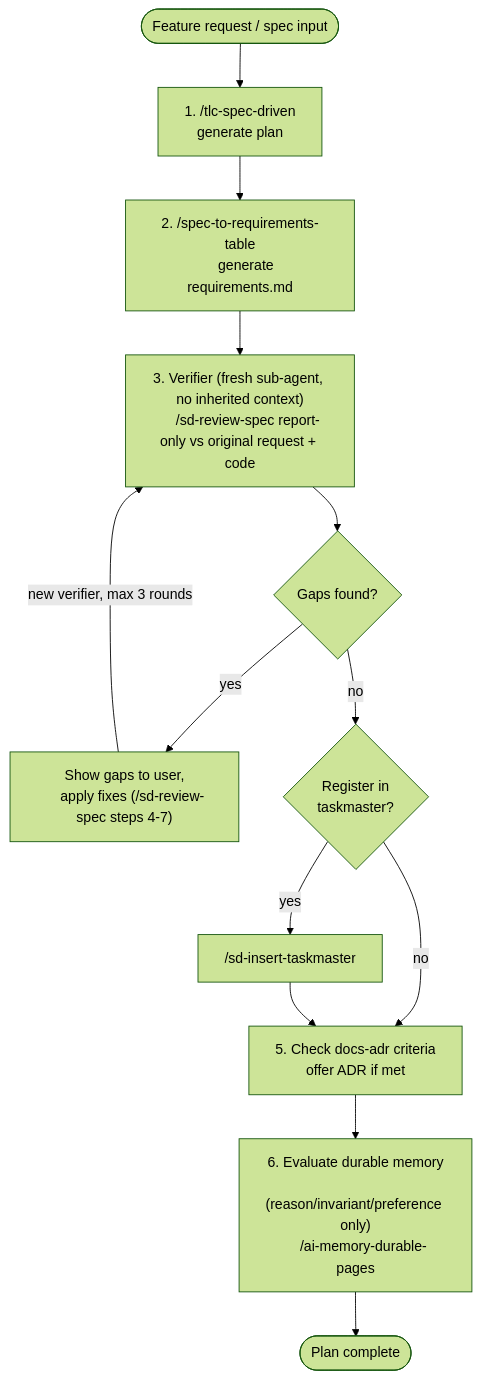
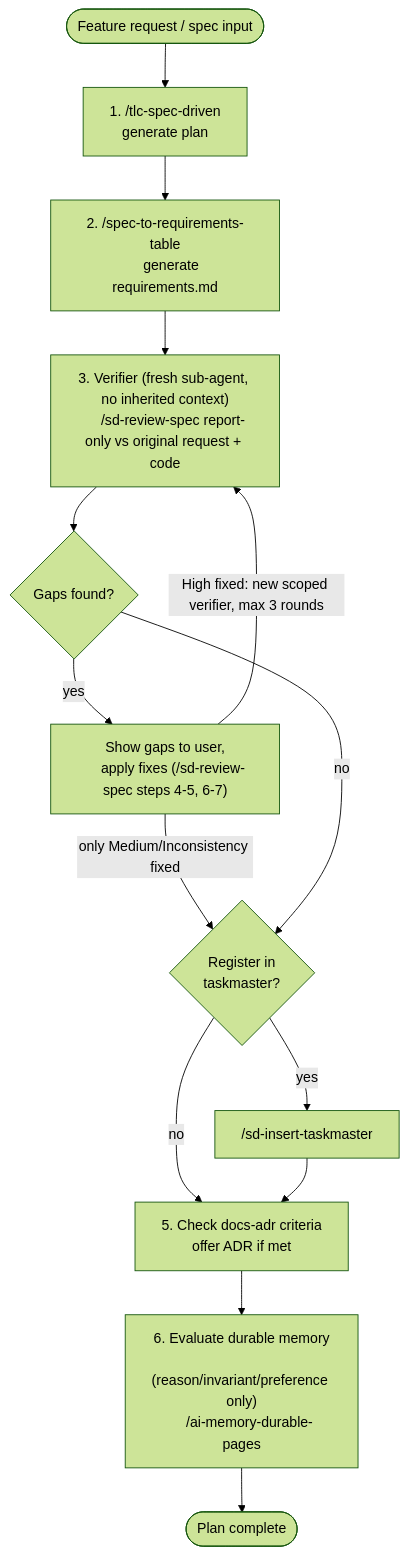
One commit to Ronnasayd/aipp changed the diagram in skills/sd-planning/references/diagram.md. Above: the diagram before and after it, drawn with Mermaid (forest theme). The commit also changed 3 other files, not shown here.

````diff
--- a/skills/sd-planning/references/diagram.md
+++ b/skills/sd-planning/references/diagram.md
@@ -3,23 +3,24 @@
 ```mermaid
 flowchart TD
     Start([Feature request / spec input]) --> B["1. /tlc-spec-driven
     generate plan"]
     B --> C["2. /spec-to-requirements-table
     generate requirements.md"]
     C --> V["3. Verifier (fresh sub-agent, no inherited context)
     /sd-review-spec report-only vs original request + code"]
     V --> V2{"Gaps found?"}
     V2 -- yes --> V3["Show gaps to user,
-    apply fixes (/sd-review-spec steps 4-7)"]
-    V3 -- "new verifier, max 3 rounds" --> V
+    apply fixes (/sd-review-spec steps 4-5, 6-7)"]
+    V3 -- "High fixed: new scoped verifier, max 3 rounds" --> V
+    V3 -- "only Medium/Inconsistency fixed" --> D
     V2 -- no --> D{"Register in
     taskmaster?"}
     D -- yes --> E["/sd-insert-taskmaster"]
     D -- no --> F
     E --> F["5. Check docs-adr criteria
     offer ADR if met"]
     F --> G["6. Evaluate durable memory
     (reason/invariant/preference only)
     /ai-memory-durable-pages"]
     G --> End([Plan complete])
 ```
````
